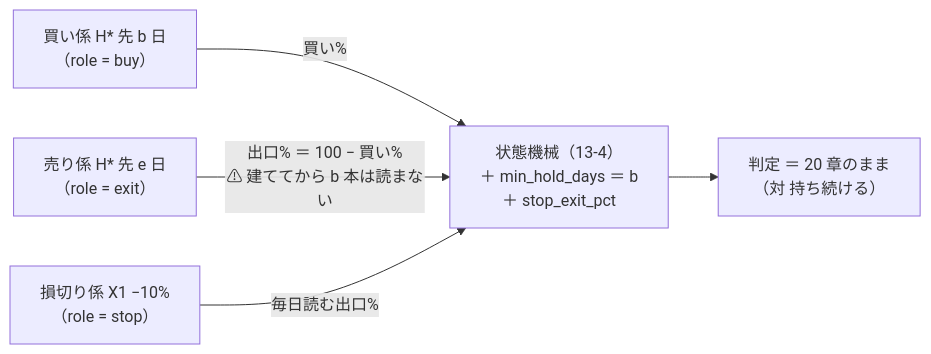
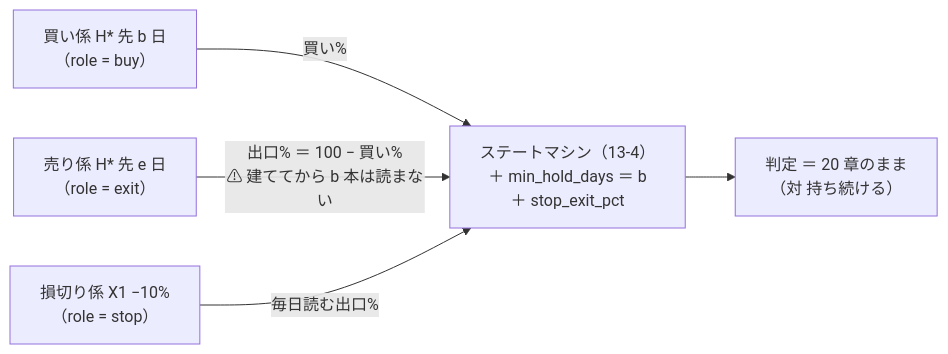
Before and after one commit to akiraak/ai-income-lab: diagram 27 of 38 in docs/specs/experiments/feature-discovery/rules.md, drawn with Mermaid. The commit also changed other lines of this file and 45 other files, not shown here.

````diff
--- a/docs/specs/experiments/feature-discovery/rules.md
+++ b/docs/specs/experiments/feature-discovery/rules.md
@@ -1776,7 +1776,7 @@
 ```mermaid
 flowchart LR
-  B["買い係 H* 先 b 日<br/>（role = buy）"] -->|"買い%"| SM["状態機械（13-4）<br/>＋ min_hold_days ＝ b<br/>＋ stop_exit_pct"]
+  B["買い係 H* 先 b 日<br/>（role = buy）"] -->|"買い%"| SM["ステートマシン（13-4）<br/>＋ min_hold_days ＝ b<br/>＋ stop_exit_pct"]
   E["売り係 H* 先 e 日<br/>（role = exit）"] -->|"出口% ＝ 100 − 買い%<br/>⚠ 建ててから b 本は読まない"| SM
   S["損切り係 X1 −10%<br/>（role = stop）"] -->|"毎日読む出口%"| SM
   SM --> J["判定 ＝ 20 章のまま<br/>（対 持ち続ける）"]
 ```
````
